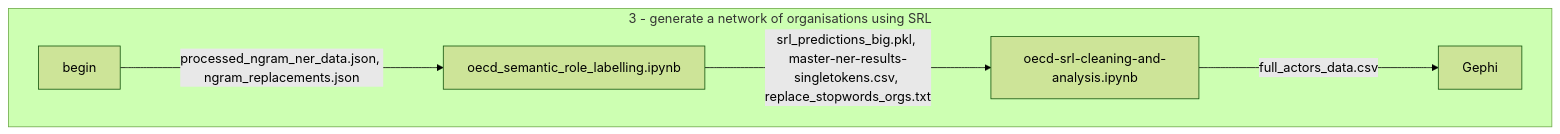
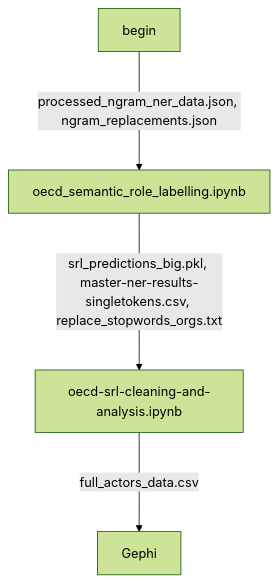
The third of 3 diagrams in README.md (disaster-capitalism/named-entities), drawn with Mermaid (forest theme) before and after one commit. The commit also changed other lines of this file, not shown here.

Commit message:
makes pipeline diagrams vertical

````diff
--- a/README.md
+++ b/README.md
@@ -141,6 +143,4 @@
 ```mermaid
 flowchart TB
-    subgraph "3 - generate a network of organisations using SRL"
 begin -- processed_ngram_ner_data.json, ngram_replacements.json ---> oecd_semantic_role_labelling.ipynb -- srl_predictions_big.pkl, master-ner-results-singletokens.csv, replace_stopwords_orgs.txt ---> oecd-srl-cleaning-and-analysis.ipynb -- full_actors_data.csv ---> Gephi
-    end
 ```
````
